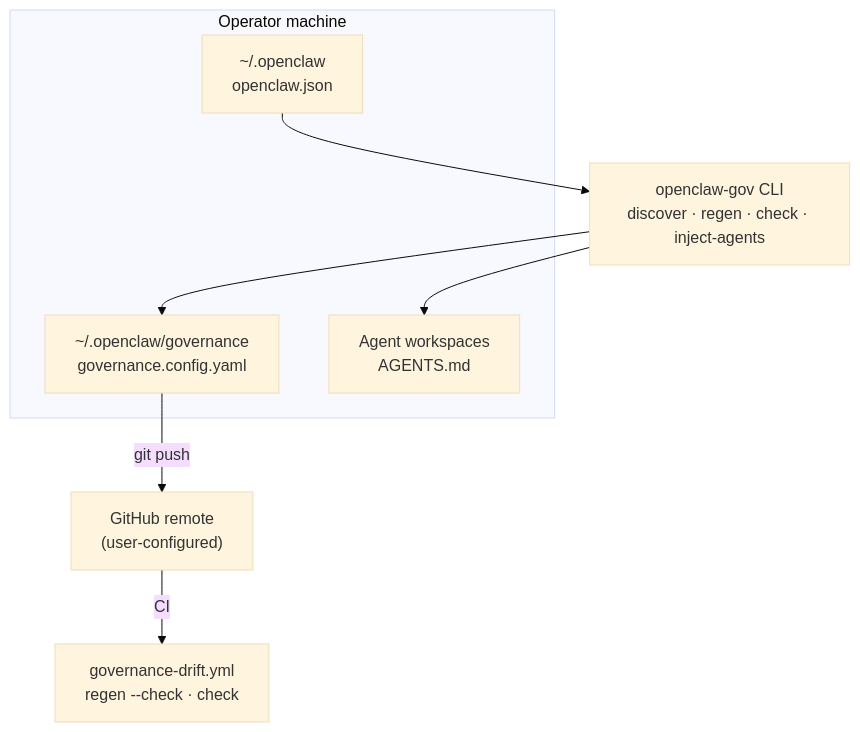
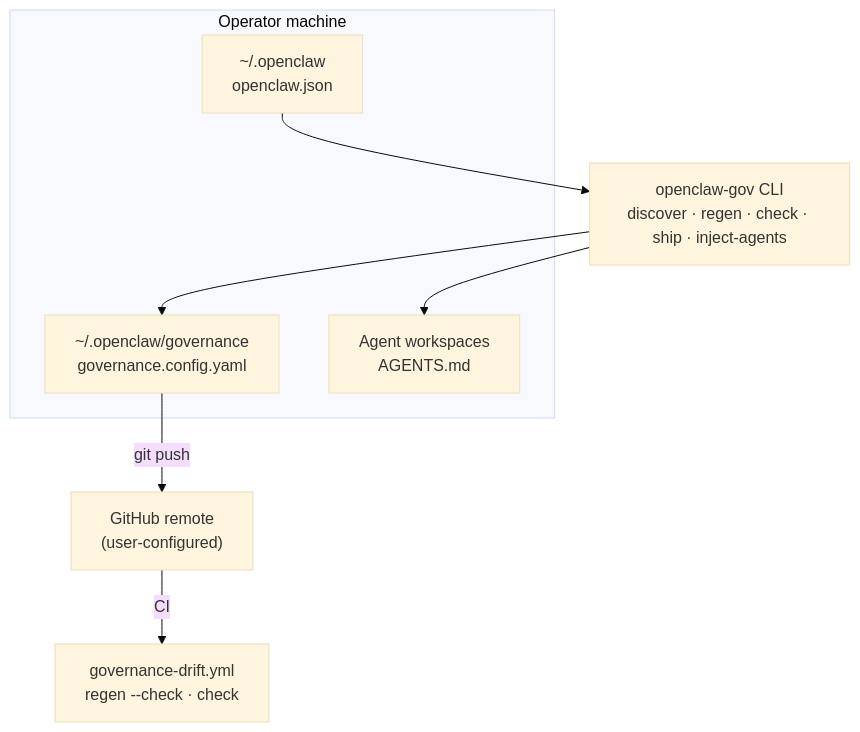
Before and after one commit to pawlsclick/openclaw-governance: the diagram in README.md, drawn with Mermaid (base theme). The commit also changed other lines of this file and 9 other files, not shown here.

````diff
--- a/README.md
+++ b/README.md
@@ -9,16 +9,16 @@
 ```mermaid
 flowchart TB
   subgraph host["Operator machine"]
     OC["~/.openclaw\nopenclaw.json"]
     GOV["~/.openclaw/governance\ngovernance.config.yaml"]
     WS["Agent workspaces\nAGENTS.md"]
   end
-  CLI["openclaw-gov CLI\ndiscover · regen · check · inject-agents"]
+  CLI["openclaw-gov CLI\ndiscover · regen · check · ship · inject-agents"]
   GH["GitHub remote\n(user-configured)"]
 
   OC --> CLI
   CLI --> GOV
   CLI --> WS
   GOV -->|git push| GH
   GH -->|CI| DRIFT["governance-drift.yml\nregen --check · check"]
 ```
````
